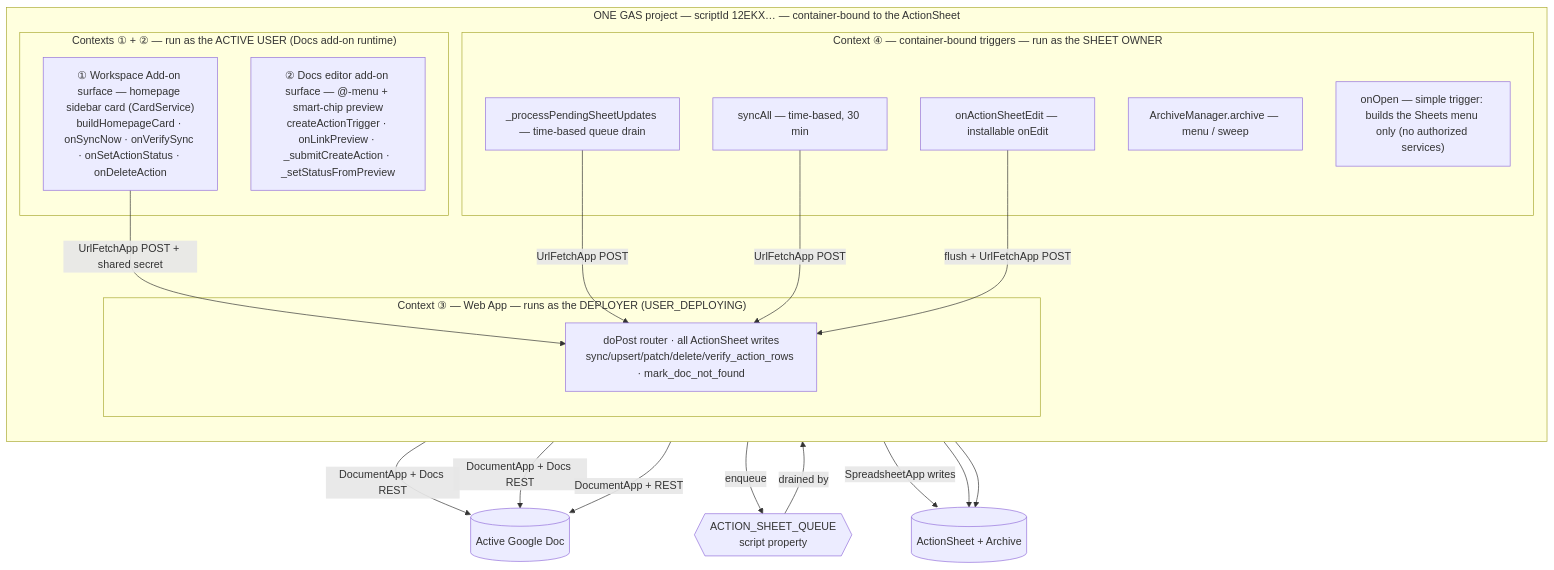
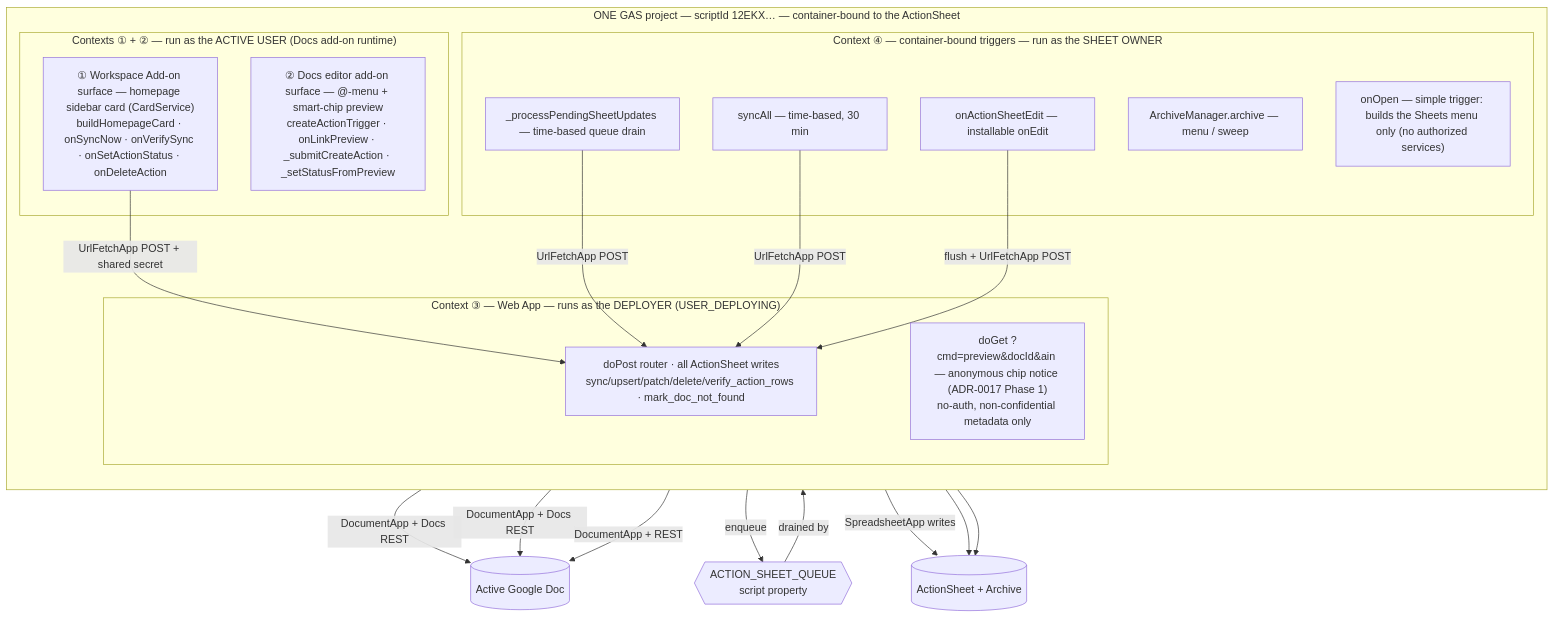
One commit to stuartdonaldson/GActionSheet changed the first of 7 diagrams in docs/DESIGN.md. Above: the diagram before and after it, drawn with Mermaid. The commit also changed other lines of this file and 8 other files, not shown here.

First line of the commit message:
feat(webapp): ADR-0017 Phase 1 anonymous chip-preview notice page

````diff
--- a/docs/DESIGN.md
+++ b/docs/DESIGN.md
@@ -154,37 +154,38 @@
 ```mermaid
 graph TB
     subgraph proj["ONE GAS project — scriptId 12EKX… — container-bound to the ActionSheet"]
         direction TB
         subgraph user["Contexts ① + ② — run as the ACTIVE USER (Docs add-on runtime)"]
             WS["① Workspace Add-on surface — homepage sidebar card (CardService)<br/>buildHomepageCard · onSyncNow · onVerifySync · onSetActionStatus · onDeleteAction"]
             ED["② Docs editor add-on surface — @-menu + smart-chip preview<br/>createActionTrigger · onLinkPreview · _submitCreateAction · _setStatusFromPreview"]
         end
         subgraph deployer["Context ③ — Web App — runs as the DEPLOYER (USER_DEPLOYING)"]
             WEB["doPost router · all ActionSheet writes<br/>sync/upsert/patch/delete/verify_action_rows · mark_doc_not_found"]
+            PREV["doGet ?cmd=preview&docId&ain — anonymous chip notice (ADR-0017 Phase 1)<br/>no-auth, non-confidential metadata only"]
         end
         subgraph owner["Context ④ — container-bound triggers — run as the SHEET OWNER"]
             OE["onActionSheetEdit — installable onEdit"]
             SA["syncAll — time-based, 30 min"]
             DRAIN["_processPendingSheetUpdates — time-based queue drain"]
             ARCH["ArchiveManager.archive — menu / sweep"]
             OO["onOpen — simple trigger: builds the Sheets menu only (no authorized services)"]
         end
     end
 
     Doc[(Active Google Doc)]
     Sheet[(ActionSheet + Archive)]
     Q{{ACTION_SHEET_QUEUE<br/>script property}}
 
     WS -->|DocumentApp + Docs REST| Doc
     ED -->|DocumentApp + Docs REST| Doc
     WS -->|UrlFetchApp POST + shared secret| WEB
     ED -->|enqueue| Q
     Q -->|drained by| DRAIN
     DRAIN -->|UrlFetchApp POST| WEB
     SA -->|DocumentApp + REST| Doc
     SA -->|UrlFetchApp POST| WEB
     OE -->|flush + UrlFetchApp POST| WEB
     WEB -->|SpreadsheetApp writes| Sheet
     OE --> Sheet
     ARCH --> Sheet
 ```
````
